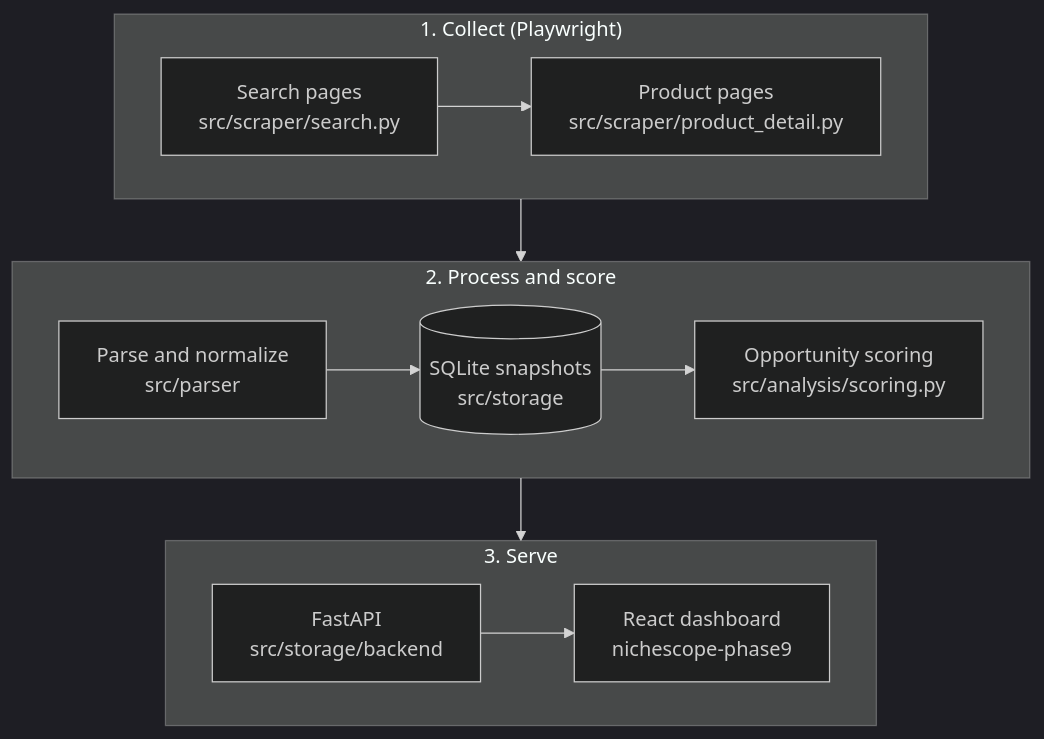
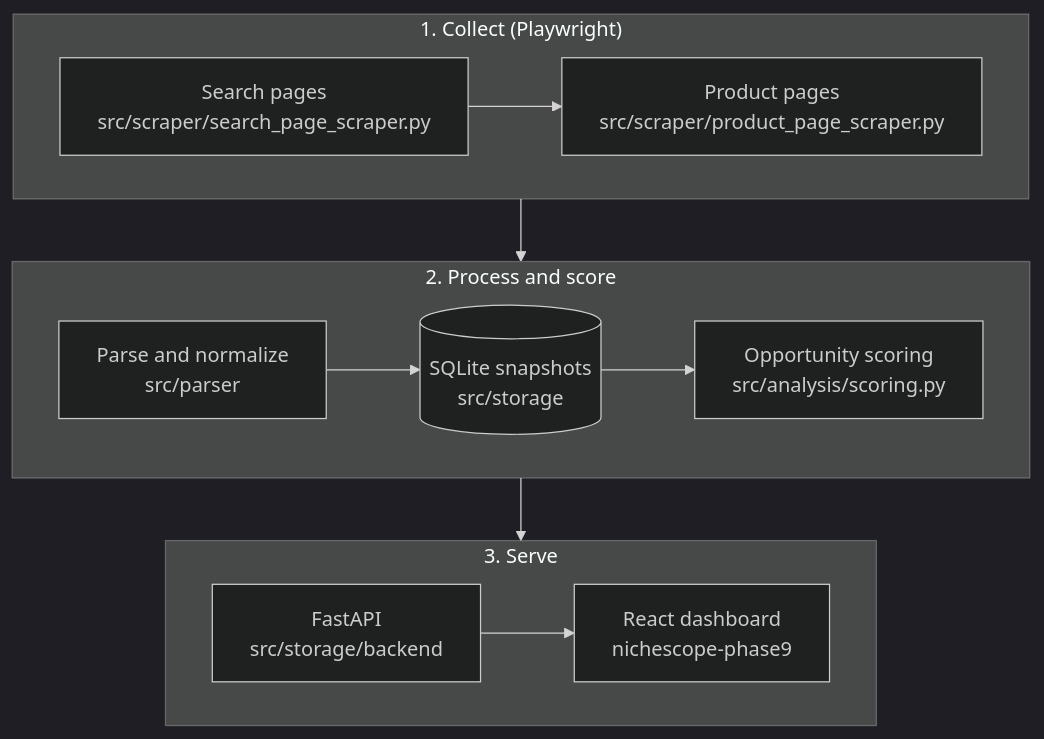
The first of 2 diagrams in README.md (kharatatva/amazon_scraper), drawn with Mermaid (dark theme) before and after one commit. The commit also changed other lines of this file, not shown here.

````diff
--- a/README.md
+++ b/README.md
@@ -51,16 +57,16 @@
 ```mermaid
 flowchart TB
     subgraph collect ["1. Collect (Playwright)"]
         direction LR
-        A["Search pages<br/>src/scraper/search.py"] --> B["Product pages<br/>src/scraper/product_detail.py"]
+        A["Search pages<br/>src/scraper/search_page_scraper.py"] --> B["Product pages<br/>src/scraper/product_page_scraper.py"]
     end
     subgraph process ["2. Process and score"]
         direction LR
         C["Parse and normalize<br/>src/parser"] --> D[("SQLite snapshots<br/>src/storage")] --> E["Opportunity scoring<br/>src/analysis/scoring.py"]
     end
     subgraph serve ["3. Serve"]
         direction LR
         F["FastAPI<br/>src/storage/backend"] --> G["React dashboard<br/>nichescope-phase9"]
     end
     collect --> process --> serve
 ```
````
